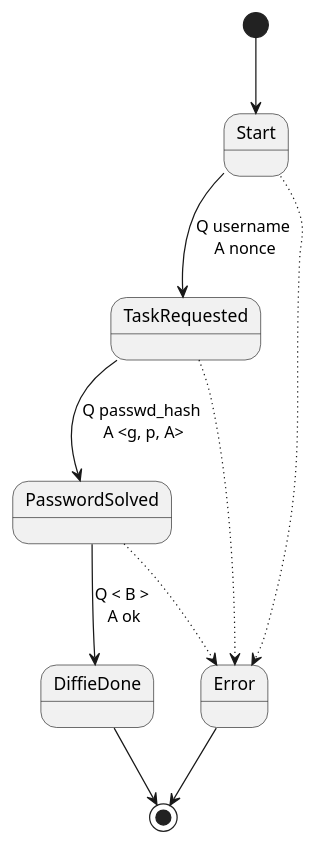
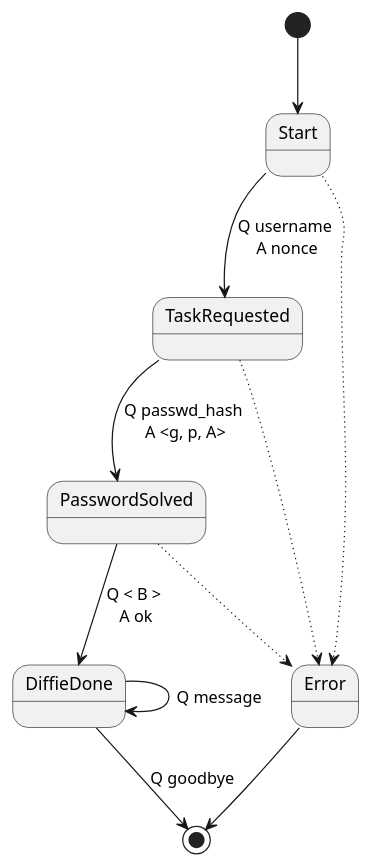
One commit to HectorHW/sec-sem8 changed the diagram in states.puml. Above: the diagram before and after it, drawn with PlantUML. The commit also changed 8 other files, not shown here.

```diff
--- a/states.puml
+++ b/states.puml
@@ -1,19 +1,21 @@
 @startuml connection_states
 
 [*] --> Start
 
 Start --> TaskRequested : Q username \nA nonce
 
 TaskRequested --> PasswordSolved: Q passwd_hash \nA <g, p, A>
 
 PasswordSolved --> DiffieDone: Q < B > \nA ok
 
-DiffieDone --> [*]
+DiffieDone --> DiffieDone: Q message
+
+DiffieDone --> [*]: Q goodbye
 
 Start -[dotted]-> Error
 TaskRequested -[dotted]-> Error
 PasswordSolved -[dotted]-> Error
 
 Error --> [*]
 
 @enduml
```
